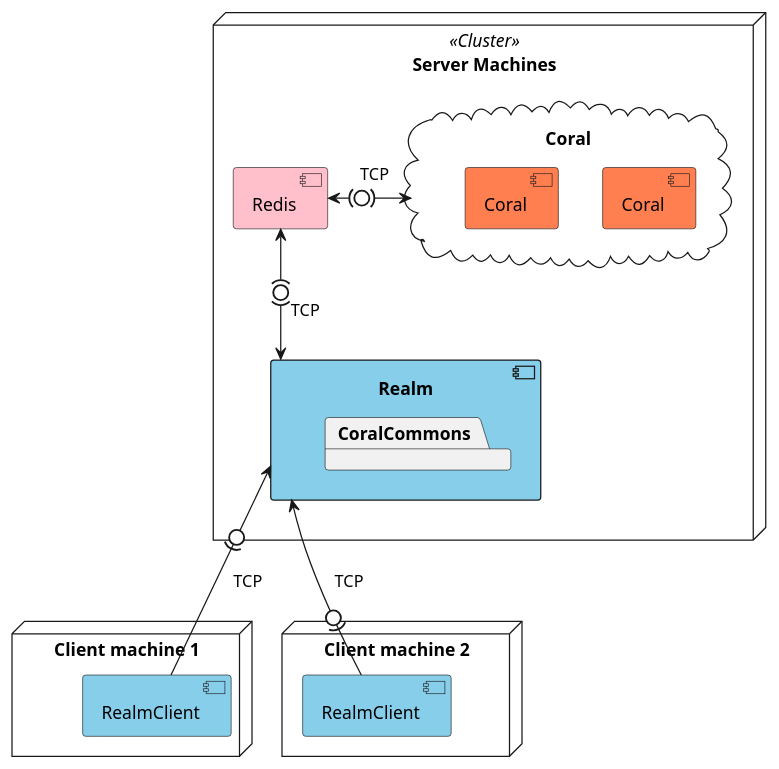
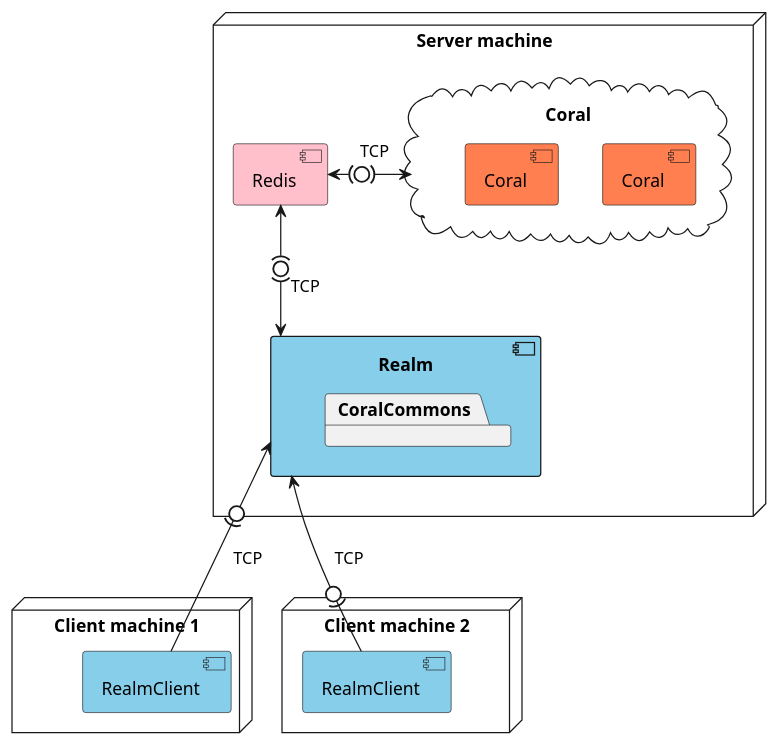
Before and after one commit to Souchy/RustProject: the first of 3 diagrams in docs/diagrams/architectures.puml, drawn with PlantUML. The commit also changed 15 other files, not shown here.

Commit message:
Diagrammes

```diff
--- a/docs/diagrams/architectures.puml
+++ b/docs/diagrams/architectures.puml
@@ -2,27 +2,27 @@
 @startuml Architecture1
 
-node "Server Machines" <<Cluster>> as sm{
+node "Server machine" as sm {
 	component Realm as gs #SkyBlue {
 		package CoralCommons 
 	}
 	component Redis #Pink
 	cloud Coral {
 		component Coral as m1 #Coral
 		component Coral as m2 #Coral
 	}
 }
 
 node "Client machine 1" {
 	component RealmClient as c1 #SkyBlue
 }
 node "Client machine 2" {
 	component RealmClient as c2 #SkyBlue
 }
 
 c1 -up(0-> gs : TCP
 c2 -up(0-> gs : TCP
 
 Redis <-(0)-> gs : TCP
 Redis <-right(0)-> Coral : TCP
 
 @enduml
```
